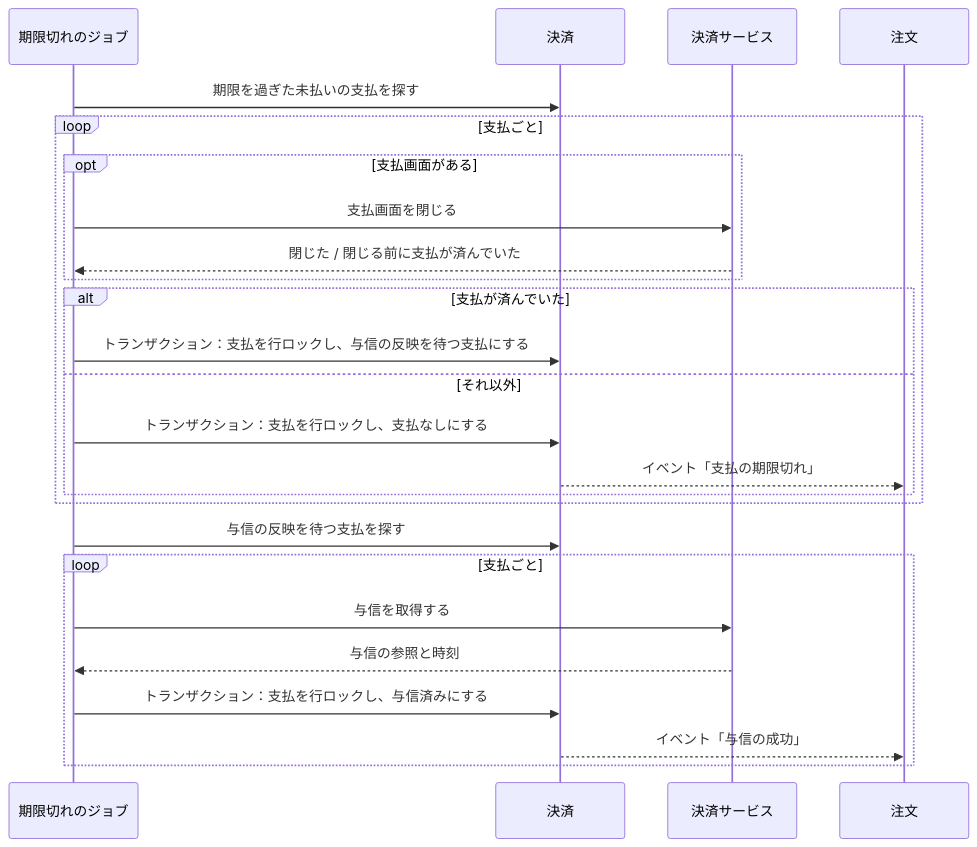
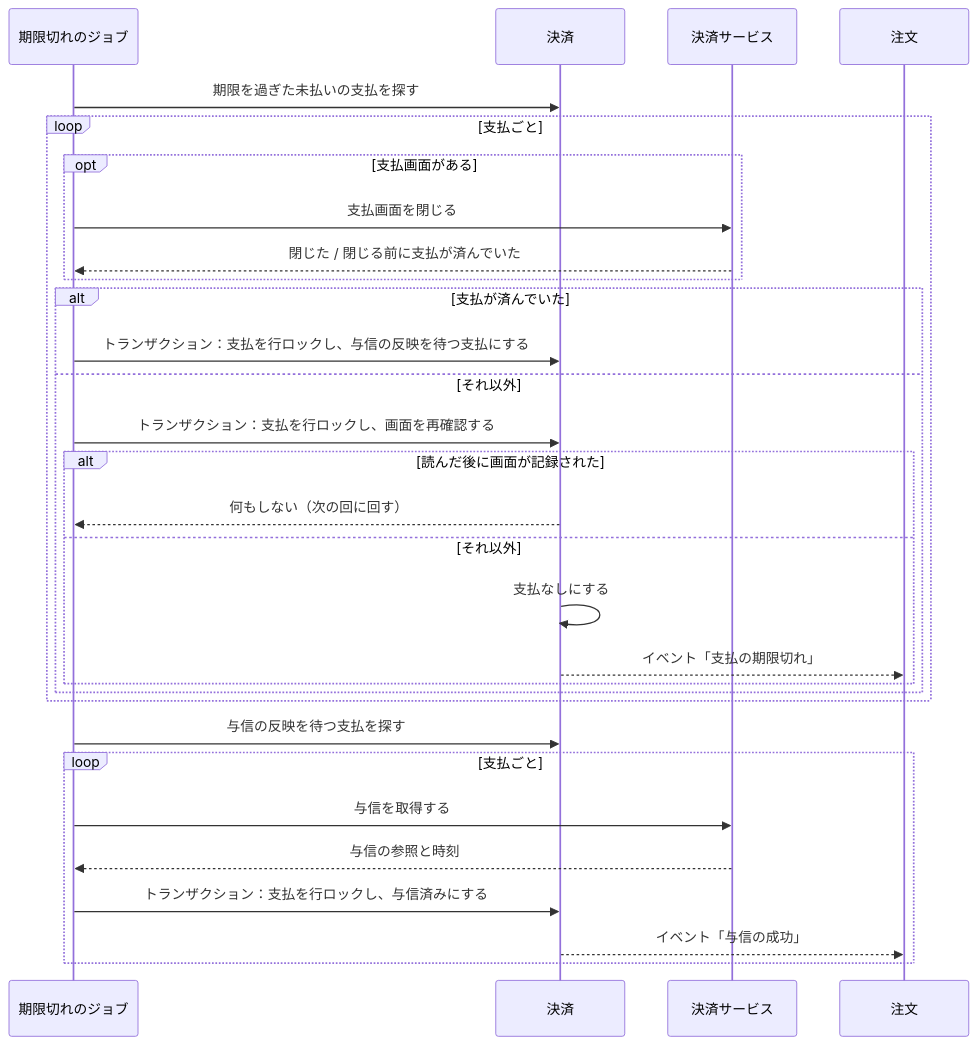
The third of 5 diagrams in docs/02-設計/payment.md (roger88106/ec-site), drawn with Mermaid before and after one commit. The commit also changed other lines of this file and 2 other files, not shown here.

````diff
--- a/docs/02-設計/payment.md
+++ b/docs/02-設計/payment.md
@@ -155,27 +155,32 @@
 ```mermaid
 sequenceDiagram
     participant J as 期限切れのジョブ
     participant P as 決済
     participant G as 決済サービス
     participant O as 注文
     J->>P: 期限を過ぎた未払いの支払を探す
     loop 支払ごと
         opt 支払画面がある
             J->>G: 支払画面を閉じる
             G-->>J: 閉じた / 閉じる前に支払が済んでいた
         end
         alt 支払が済んでいた
             J->>P: トランザクション：支払を行ロックし、与信の反映を待つ支払にする
         else それ以外
-            J->>P: トランザクション：支払を行ロックし、支払なしにする
-            P-->>O: イベント「支払の期限切れ」
+            J->>P: トランザクション：支払を行ロックし、画面を再確認する
+            alt 読んだ後に画面が記録された
+                P-->>J: 何もしない（次の回に回す）
+            else それ以外
+                P->>P: 支払なしにする
+                P-->>O: イベント「支払の期限切れ」
+            end
         end
     end
     J->>P: 与信の反映を待つ支払を探す
     loop 支払ごと
         J->>G: 与信を取得する
         G-->>J: 与信の参照と時刻
         J->>P: トランザクション：支払を行ロックし、与信済みにする
         P-->>O: イベント「与信の成功」
     end
 ```
````
